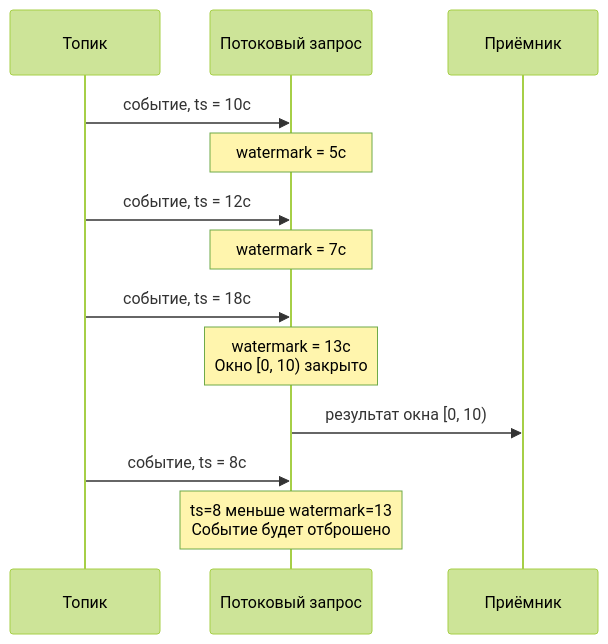
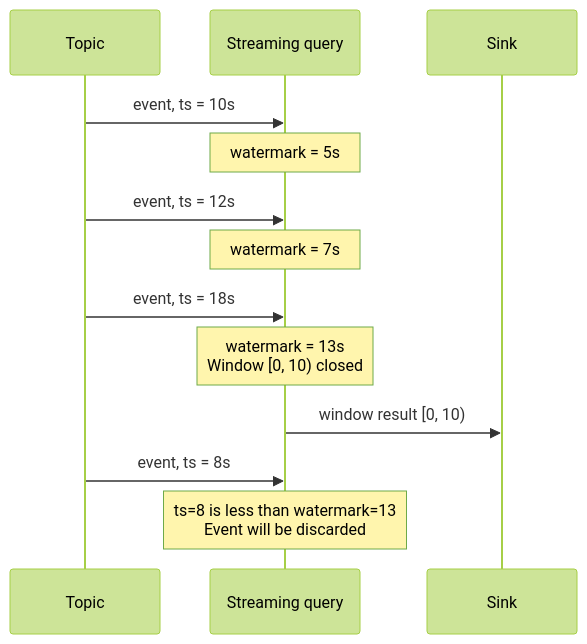
The diagram in ydb/docs/en/core/dev/streaming-query/watermarks.md (ydb-platform/ydb), drawn with Mermaid (forest theme) before and after one commit. The commit also changed 17 other files, not shown here.

````diff
--- a/ydb/docs/en/core/dev/streaming-query/watermarks.md
+++ b/ydb/docs/en/core/dev/streaming-query/watermarks.md
@@ -20,16 +20,16 @@
 ```mermaid
 sequenceDiagram
-    participant Топик
-    participant Запрос as Потоковый запрос
-    participant Приёмник
+    participant Topic
+    participant Query as Streaming query
+    participant Sink
 
-    Топик->>Запрос: событие, ts = 10с
-    Note over Запрос: watermark = 5с
-    Топик->>Запрос: событие, ts = 12с
-    Note over Запрос: watermark = 7с
-    Топик->>Запрос: событие, ts = 18с
-    Note over Запрос: watermark = 13с<br/>Окно [0, 10) закрыто
-    Запрос->>Приёмник: результат окна [0, 10)
-    Топик->>Запрос: событие, ts = 8с
-    Note over Запрос: ts=8 меньше watermark=13<br/>Событие будет отброшено
+    Topic->>Query: event, ts = 10s
+    Note over Query: watermark = 5s
+    Topic->>Query: event, ts = 12s
+    Note over Query: watermark = 7s
+    Topic->>Query: event, ts = 18s
+    Note over Query: watermark = 13s<br/>Window [0, 10) closed
+    Query->>Sink: window result [0, 10)
+    Topic->>Query: event, ts = 8s
+    Note over Query: ts=8 is less than watermark=13<br/>Event will be discarded
 ```
````
